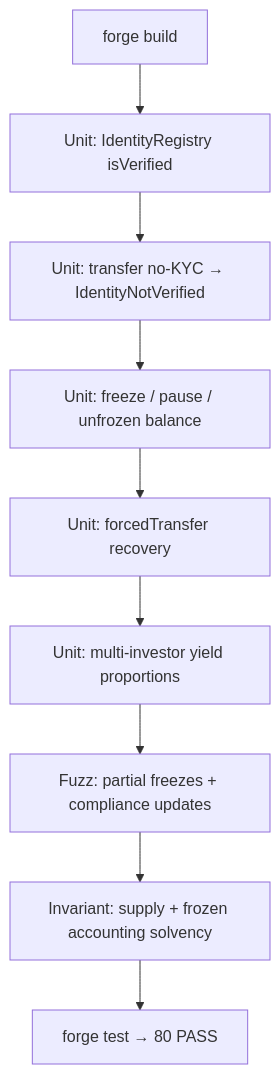
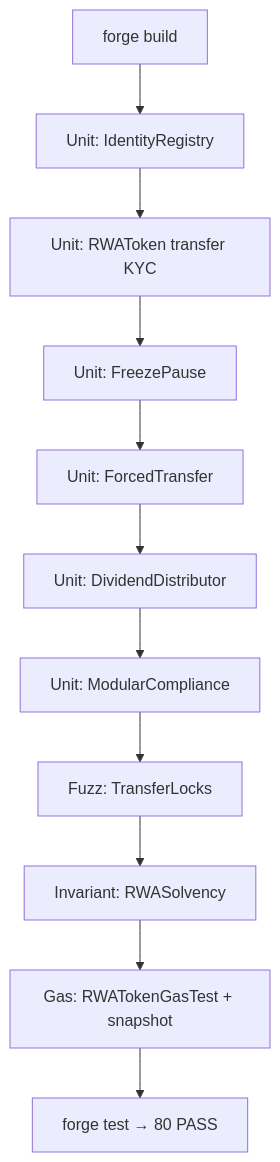
One commit to rastrahm/rwa-tokenization changed the sixth of 6 diagrams in doc/flujograma.md. Above: the diagram before and after it, drawn with Mermaid. The commit also changed other lines of this file and 7 other files, not shown here.

````diff
--- a/doc/flujograma.md
+++ b/doc/flujograma.md
@@ -123,11 +128,13 @@
 ```mermaid
 flowchart TD
-    A[forge build] --> B[Unit: IdentityRegistry isVerified]
-    B --> C[Unit: transfer no-KYC → IdentityNotVerified]
-    C --> D[Unit: freeze / pause / unfrozen balance]
-    D --> E[Unit: forcedTransfer recovery]
-    E --> F[Unit: multi-investor yield proportions]
-    F --> G[Fuzz: partial freezes + compliance updates]
-    G --> H[Invariant: supply + frozen accounting solvency]
-    H --> I[forge test → 80 PASS]
+    A[forge build] --> B[Unit: IdentityRegistry]
+    B --> C[Unit: RWAToken transfer KYC]
+    C --> D[Unit: FreezePause]
+    D --> E[Unit: ForcedTransfer]
+    E --> F[Unit: DividendDistributor]
+    F --> G[Unit: ModularCompliance]
+    G --> H[Fuzz: TransferLocks]
+    H --> I[Invariant: RWASolvency]
+    I --> J[Gas: RWATokenGasTest + snapshot]
+    J --> K[forge test → 80 PASS]
 ```
````
